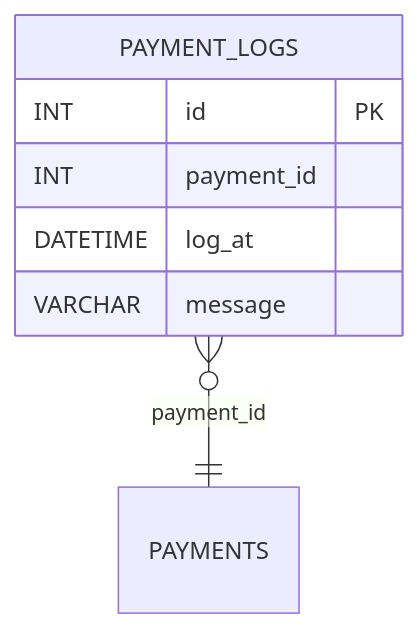
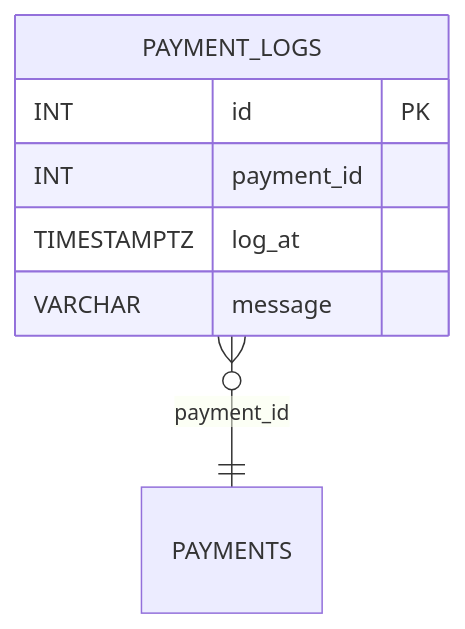
One commit to blackcatdatabase/table-payment-logs changed the diagram in README.md. Above: the diagram before and after it, drawn with Mermaid. The commit also changed other lines of this file and 21 other files, not shown here.

Commit message:
regen schema (#1)

````diff
--- a/README.md
+++ b/README.md
@@ -50,10 +53,10 @@
 ```mermaid
 erDiagram
   PAYMENT_LOGS {
     INT id PK
     INT payment_id
-    DATETIME log_at
+    TIMESTAMPTZ log_at
     VARCHAR message
   }
   PAYMENT_LOGS }o--|| PAYMENTS : "payment_id"
 ```
````
